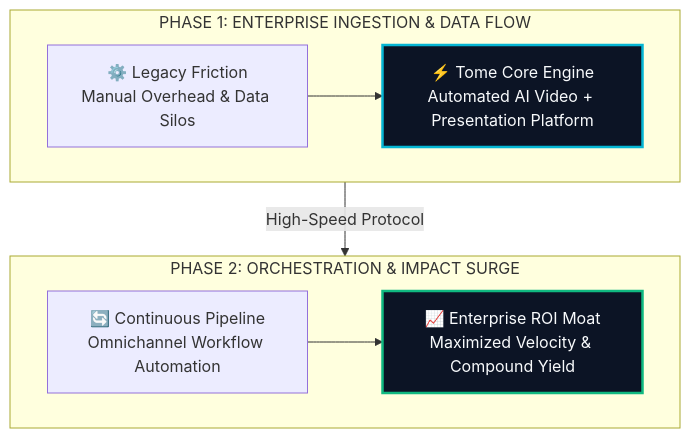
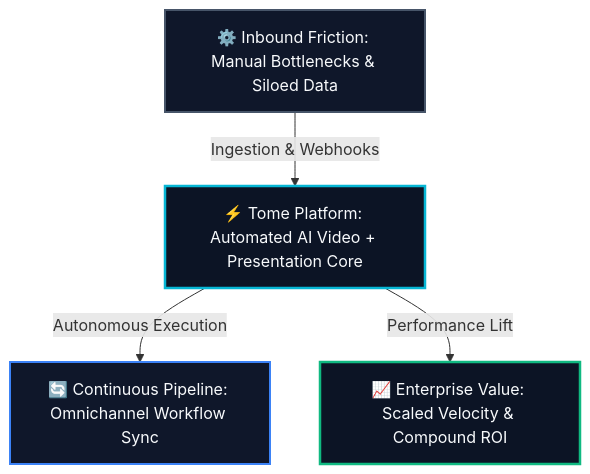
The diagram in site/src/content/blog/tome-evolution-guide-2026.md (heliatech-media/saas-radar), drawn with Mermaid before and after one commit. The commit also changed 93 other files, not shown here.

First line of the commit message:
fix(diagrams): resolve dagre-d3 subgraph collision by migrating to balanced 3-tier Hub & Spoke architecture

````diff
--- a/site/src/content/blog/tome-evolution-guide-2026.md
+++ b/site/src/content/blog/tome-evolution-guide-2026.md
@@ -54,14 +54,14 @@
 ```mermaid
 flowchart TD
-    subgraph S1["PHASE 1: ENTERPRISE INGESTION & DATA FLOW"]
-        direction LR
-        A["⚙️ Legacy Friction<br/>Manual Overhead & Data Silos"] --> B["⚡ Tome Core Engine<br/>Automated AI Video + Presentation Platform"]
-    end
-    subgraph S2["PHASE 2: ORCHESTRATION & IMPACT SURGE"]
-        direction LR
-        C["🔄 Continuous Pipeline<br/>Omnichannel Workflow Automation"] --> D["📈 Enterprise ROI Moat<br/>Maximized Velocity & Compound Yield"]
-    end
-    S1 -->|High-Speed Protocol| S2
-    style B fill:#0c1425,stroke:#06b6d4,stroke-width:2.5px,color:#f8fafc
-    style D fill:#0c1425,stroke:#10b981,stroke-width:2.5px,color:#f8fafc
+    Inp["⚙️ Inbound Friction: Manual Bottlenecks & Siloed Data"]
+    Eng["⚡ Tome Platform: Automated AI Video + Presentation Core"]
+    Out1["🔄 Continuous Pipeline: Omnichannel Workflow Sync"]
+    Out2["📈 Enterprise Value: Scaled Velocity & Compound ROI"]
+    Inp -->|Ingestion & Webhooks| Eng
+    Eng -->|Autonomous Execution| Out1
+    Eng -->|Performance Lift| Out2
+    style Inp fill:#0f172a,stroke:#475569,stroke-width:2px,color:#f8fafc
+    style Eng fill:#0c1425,stroke:#06b6d4,stroke-width:2.5px,color:#f8fafc
+    style Out1 fill:#0f172a,stroke:#3b82f6,stroke-width:2px,color:#f8fafc
+    style Out2 fill:#0c1425,stroke:#10b981,stroke-width:2.5px,color:#f8fafc
 ```
````
